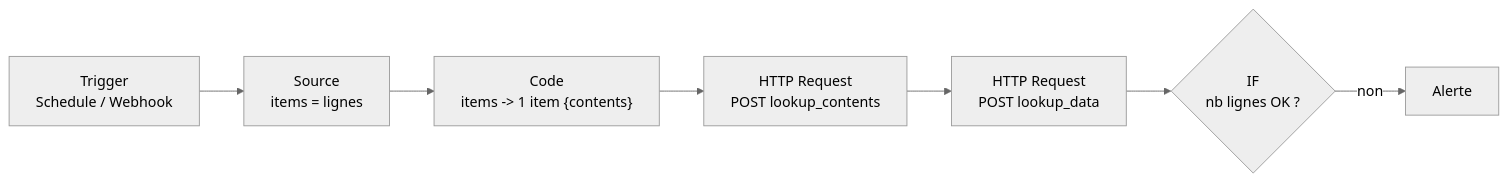
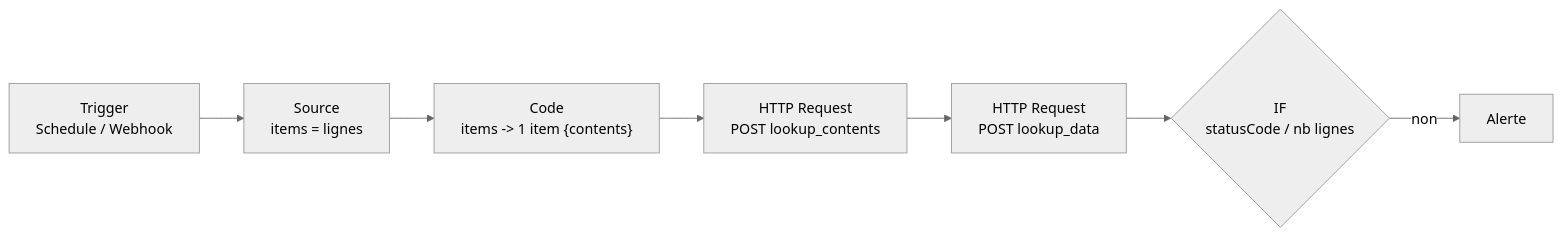
One commit to rafiki31130/knowledge_base_pro changed the diagram in cheat-sheets/n8n-splunk-lookup-editor.md. Above: the diagram before and after it, drawn with Mermaid (neutral theme). The commit also changed other lines of this file, not shown here.

````diff
--- a/cheat-sheets/n8n-splunk-lookup-editor.md
+++ b/cheat-sheets/n8n-splunk-lookup-editor.md
@@ -23,9 +23,9 @@
 ```mermaid
 flowchart LR
     T["Trigger<br/>Schedule / Webhook"] --> S["Source<br/>items = lignes"]
     S --> C["Code<br/>items -> 1 item {contents}"]
     C --> W["HTTP Request<br/>POST lookup_contents"]
     W --> R["HTTP Request<br/>POST lookup_data"]
-    R --> V{"IF<br/>nb lignes OK ?"}
+    R --> V{"IF<br/>statusCode / nb lignes"}
     V -- non --> E["Alerte"]
 ```
````
